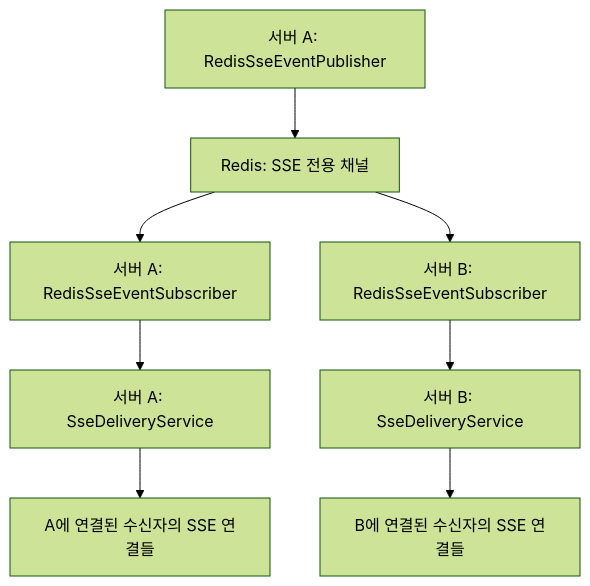
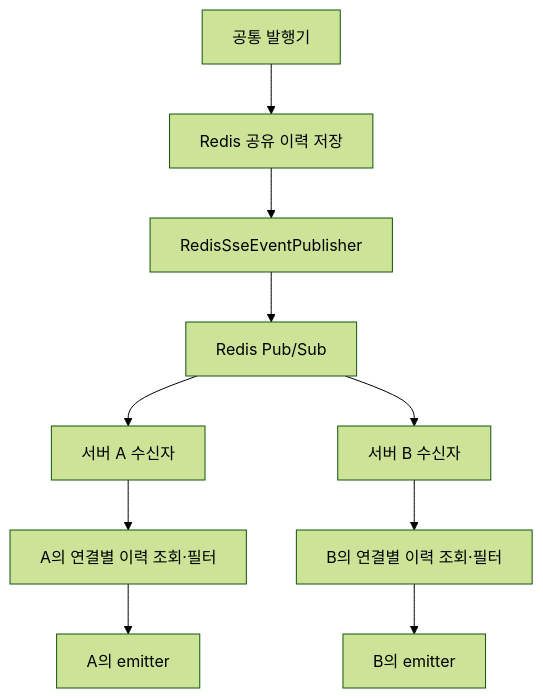
One commit to codeit-backend13-part4-team1/playlist_for_everyone changed the diagram in docs/sse/06-redis-transport.md. Above: the diagram before and after it, drawn with Mermaid (forest theme). The commit also changed other lines of this file and 47 other files, not shown here.

````diff
--- a/docs/sse/06-redis-transport.md
+++ b/docs/sse/06-redis-transport.md
@@ -9,10 +8,12 @@
 ```mermaid
 flowchart TD
-    P["서버 A: RedisSseEventPublisher"] --> R["Redis: SSE 전용 채널"]
-    R --> SA["서버 A: RedisSseEventSubscriber"]
-    R --> SB["서버 B: RedisSseEventSubscriber"]
-    SA --> DA["서버 A: SseDeliveryService"]
-    SB --> DB["서버 B: SseDeliveryService"]
-    DA --> CA["A에 연결된 수신자의 SSE 연결들"]
-    DB --> CB["B에 연결된 수신자의 SSE 연결들"]
+    P["공통 발행기"] --> H["Redis 공유 이력 저장"]
+    H --> T["RedisSseEventPublisher"]
+    T --> R["Redis Pub/Sub"]
+    R --> A["서버 A 수신자"]
+    R --> B["서버 B 수신자"]
+    A --> DA["A의 연결별 이력 조회·필터"]
+    B --> DB["B의 연결별 이력 조회·필터"]
+    DA --> EA["A의 emitter"]
+    DB --> EB["B의 emitter"]
 ```
````
